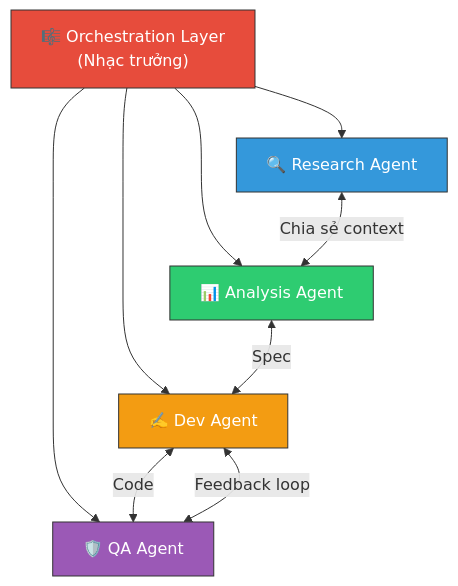
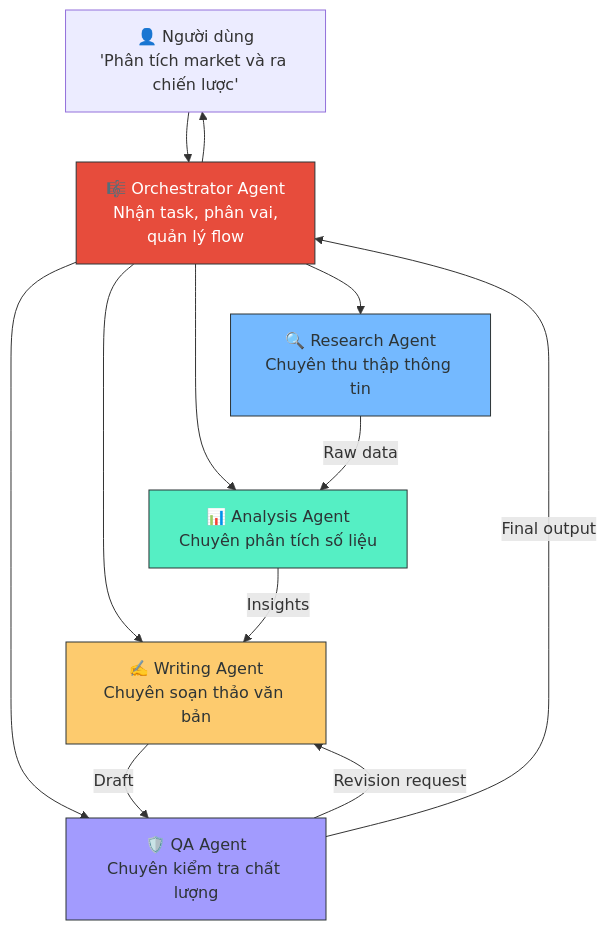
The sixth of 7 diagrams in blog/2026/04/2026-04-21-ai-tech-evolution.mdx (vuanhtu1993/vuanhtu1993.github.io), drawn with Mermaid before and after one commit. The commit also changed other lines of this file, not shown here.

````diff
--- a/blog/2026/04/2026-04-21-ai-tech-evolution.mdx
+++ b/blog/2026/04/2026-04-21-ai-tech-evolution.mdx
@@ -131,20 +219,29 @@
 ```mermaid
-graph TB
-    ORCH["🎼 Orchestration Layer<br/>(Nhạc trưởng)"]
-    
-    ORCH --> A1["🔍 Research Agent"]
-    ORCH --> A2["📊 Analysis Agent"]
-    ORCH --> A3["✍️ Dev Agent"]
-    ORCH --> A4["🛡️ QA Agent"]
-    
-    A1 <-->|"Chia sẻ context"| A2
-    A2 <-->|"Spec"| A3
-    A3 <-->|"Code"| A4
-    A4 <-->|"Feedback loop"| A3
-    
-    style ORCH fill:#e74c3c,stroke:#333,color:#fff
-    style A1 fill:#3498db,stroke:#333,color:#fff
-    style A2 fill:#2ecc71,stroke:#333,color:#fff
-    style A3 fill:#f39c12,stroke:#333,color:#fff
-    style A4 fill:#9b59b6,stroke:#333,color:#fff
+flowchart TB
+    USER["👤 Người dùng\n'Phân tích market và ra chiến lược'"]
+    ORCH["🎼 Orchestrator Agent\nNhận task, phân vai,\nquản lý flow"]
+
+    R_AGT["🔍 Research Agent\nChuyên thu thập thông tin"]
+    A_AGT["📊 Analysis Agent\nChuyên phân tích số liệu"]
+    W_AGT["✍️ Writing Agent\nChuyên soạn thảo văn bản"]
+    QA_AGT["🛡️ QA Agent\nChuyên kiểm tra chất lượng"]
+
+    USER --> ORCH
+    ORCH --> R_AGT
+    ORCH --> A_AGT
+    ORCH --> W_AGT
+    ORCH --> QA_AGT
+
+    R_AGT -->|"Raw data"| A_AGT
+    A_AGT -->|"Insights"| W_AGT
+    W_AGT -->|"Draft"| QA_AGT
+    QA_AGT -->|"Revision request"| W_AGT
+    QA_AGT -->|"Final output"| ORCH
+    ORCH --> USER
+
+    style ORCH fill:#e74c3c,stroke:#2d3436,color:#fff
+    style R_AGT fill:#74b9ff,stroke:#2d3436,color:#2d3436
+    style A_AGT fill:#55efc4,stroke:#2d3436,color:#2d3436
+    style W_AGT fill:#fdcb6e,stroke:#2d3436,color:#2d3436
+    style QA_AGT fill:#a29bfe,stroke:#2d3436,color:#2d3436
 ```
````
